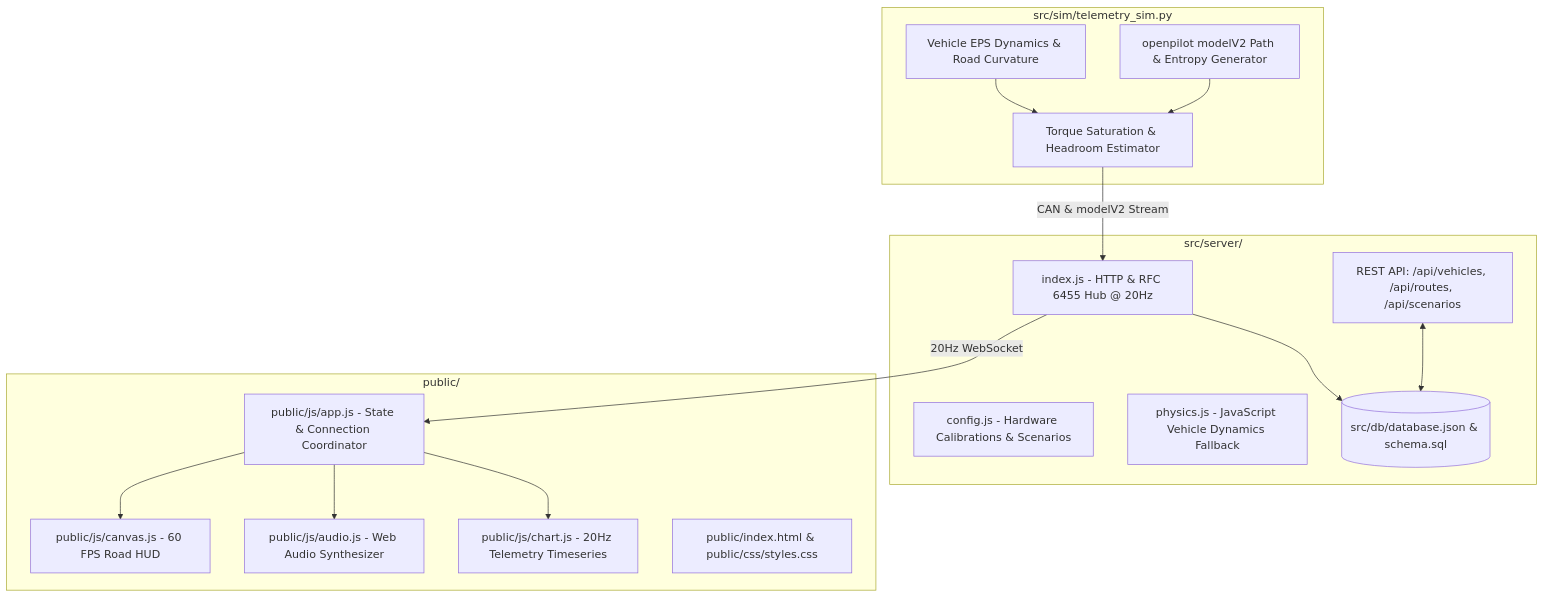
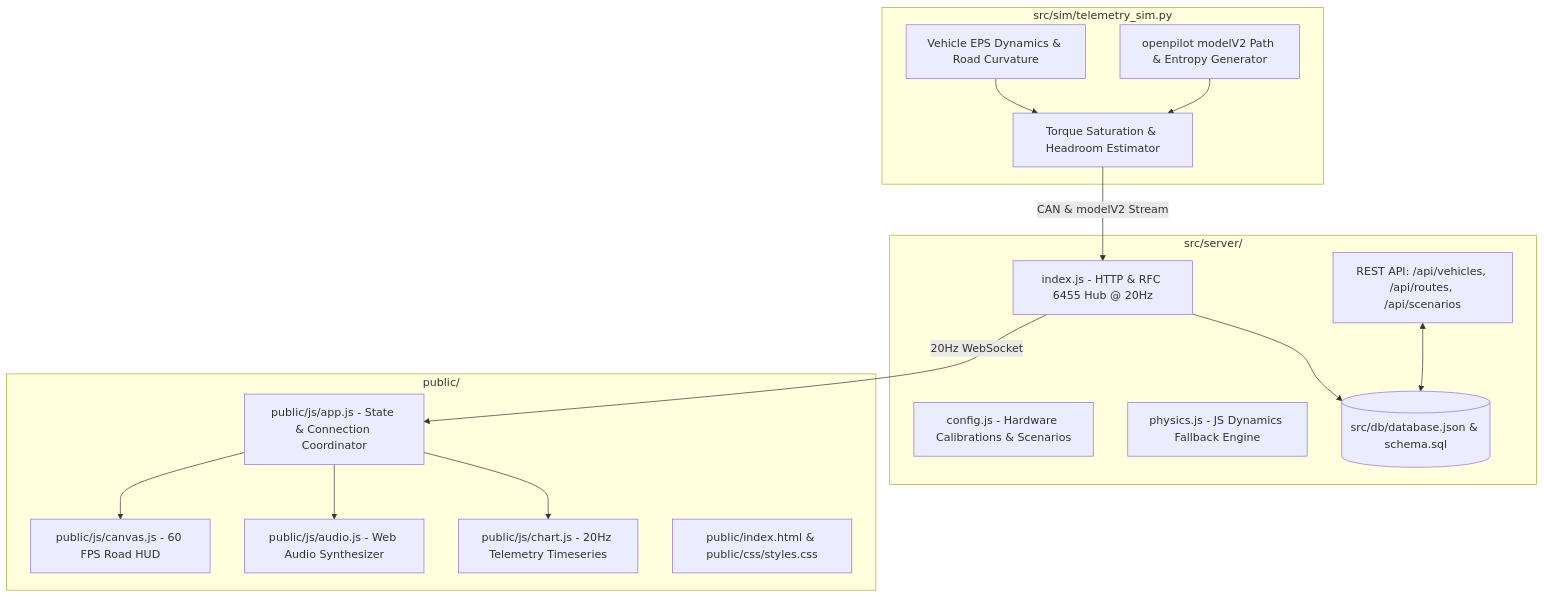
Before and after one commit to SaiAle/comma-openpilot-confidence-hud: the diagram in README.md, drawn with Mermaid. The commit also changed other lines of this file and 7 other files, not shown here.

````diff
--- a/README.md
+++ b/README.md
@@ -98,34 +112,34 @@
 ```mermaid
 graph TD
-    subgraph Python Simulation [src/sim/telemetry_sim.py]
+    subgraph Python Physics Engine [src/sim/telemetry_sim.py]
         CarPhysics[Vehicle EPS Dynamics & Road Curvature]
         ModelV2[openpilot modelV2 Path & Entropy Generator]
         TorqueCalc[Torque Saturation & Headroom Estimator]
     end
 
     subgraph Node.js Backend [src/server/]
         Index[index.js - HTTP & RFC 6455 Hub @ 20Hz]
         Config[config.js - Hardware Calibrations & Scenarios]
-        Physics[physics.js - JavaScript Vehicle Dynamics Fallback]
+        Physics[physics.js - JS Dynamics Fallback Engine]
         RESTAPI[REST API: /api/vehicles, /api/routes, /api/scenarios]
         DB[(src/db/database.json & schema.sql)]
     end
 
     subgraph Frontend Client [public/]
         HUD3X[public/js/canvas.js - 60 FPS Road HUD]
         Audio[public/js/audio.js - Web Audio Synthesizer]
         Chart[public/js/chart.js - 20Hz Telemetry Timeseries]
         App[public/js/app.js - State & Connection Coordinator]
         UI[public/index.html & public/css/styles.css]
     end
 
     CarPhysics --> TorqueCalc
     ModelV2 --> TorqueCalc
     TorqueCalc -->|CAN & modelV2 Stream| Index
     Index -->|20Hz WebSocket| App
     App --> HUD3X
     App --> Audio
     App --> Chart
     Index --> DB
     RESTAPI <--> DB
 ```
````
